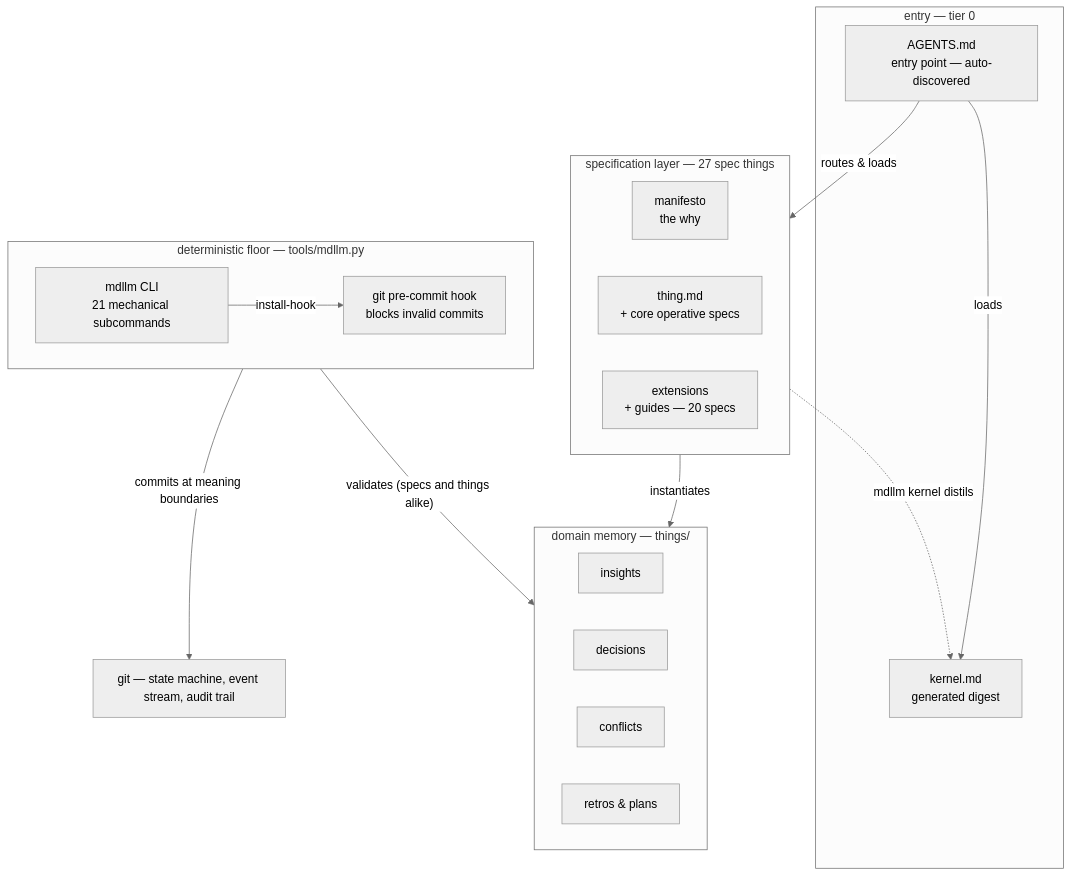
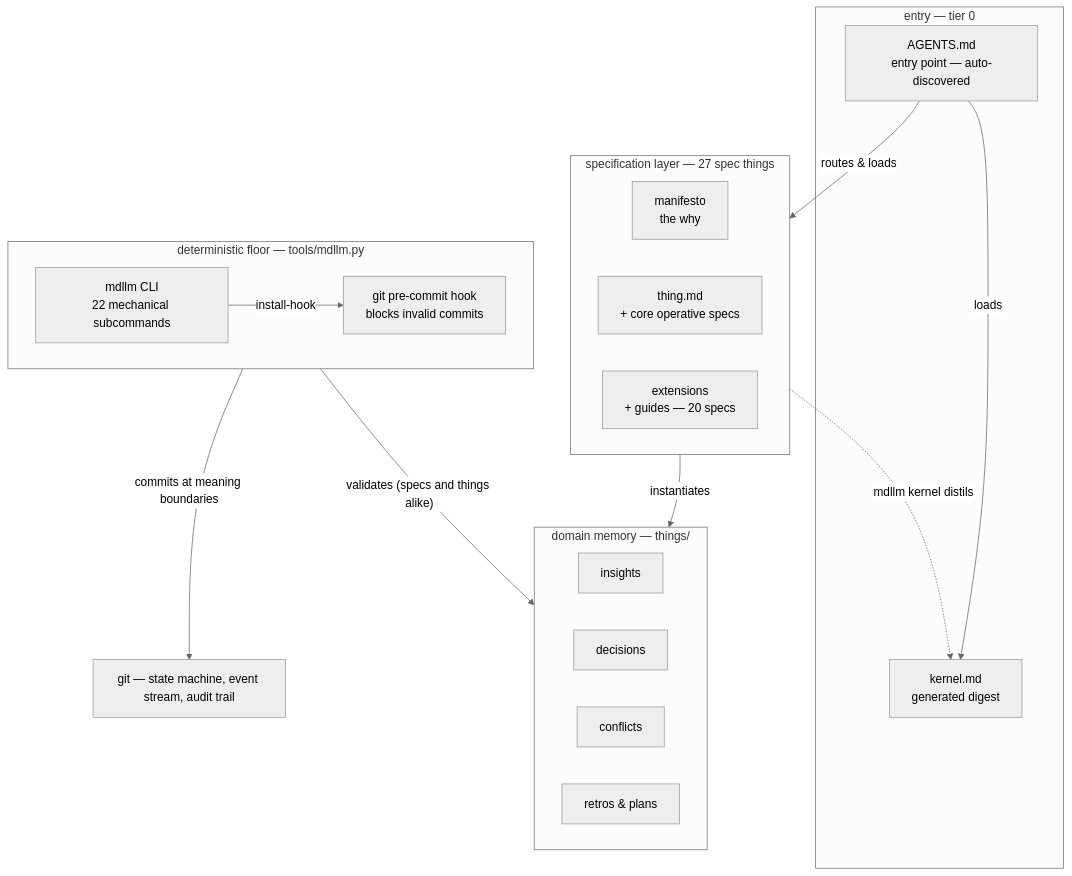
The first of 3 diagrams in docs/framework-map.md (JanoshMoshiri/MarkdownLLM), drawn with Mermaid (neutral theme) before and after one commit. The commit also changed other lines of this file and 5 other files, not shown here.

````diff
--- a/docs/framework-map.md
+++ b/docs/framework-map.md
@@ -53,31 +53,31 @@
 ```mermaid
 flowchart TD
     subgraph entry ["entry — tier 0"]
         AGENTS["AGENTS.md<br/>entry point — auto-discovered"]
         KERNEL["kernel.md<br/>generated digest"]
     end
     subgraph specs ["specification layer — 27 spec things"]
         MANIFESTO["manifesto<br/>the why"]
         THING["thing.md<br/>+ core operative specs"]
         EXT["extensions<br/>+ guides — 20 specs"]
     end
     subgraph memory ["domain memory — things/"]
         INSIGHTS["insights"]
         DECISIONS["decisions"]
         CONFLICTS["conflicts"]
         RETROS["retros & plans"]
     end
     subgraph floor ["deterministic floor — tools/mdllm.py"]
-        MDLLM["mdllm CLI<br/>21 mechanical subcommands"]
+        MDLLM["mdllm CLI<br/>22 mechanical subcommands"]
         HOOK["git pre-commit hook<br/>blocks invalid commits"]
     end
     GIT["git — state machine, event stream, audit trail"]
 
     AGENTS -->|loads| KERNEL
     AGENTS -->|routes & loads| specs
     specs -.->|"mdllm kernel distils"| KERNEL
     specs -->|instantiates| memory
     MDLLM -->|install-hook| HOOK
     floor -->|"validates (specs and things alike)"| memory
     floor -->|commits at meaning boundaries| GIT
 ```
````
